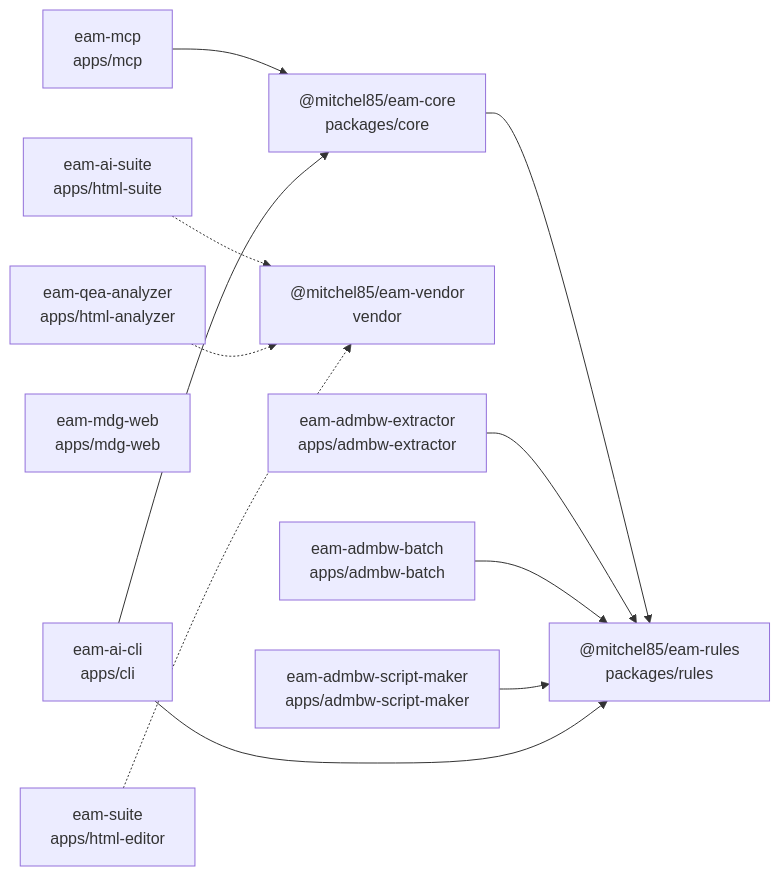
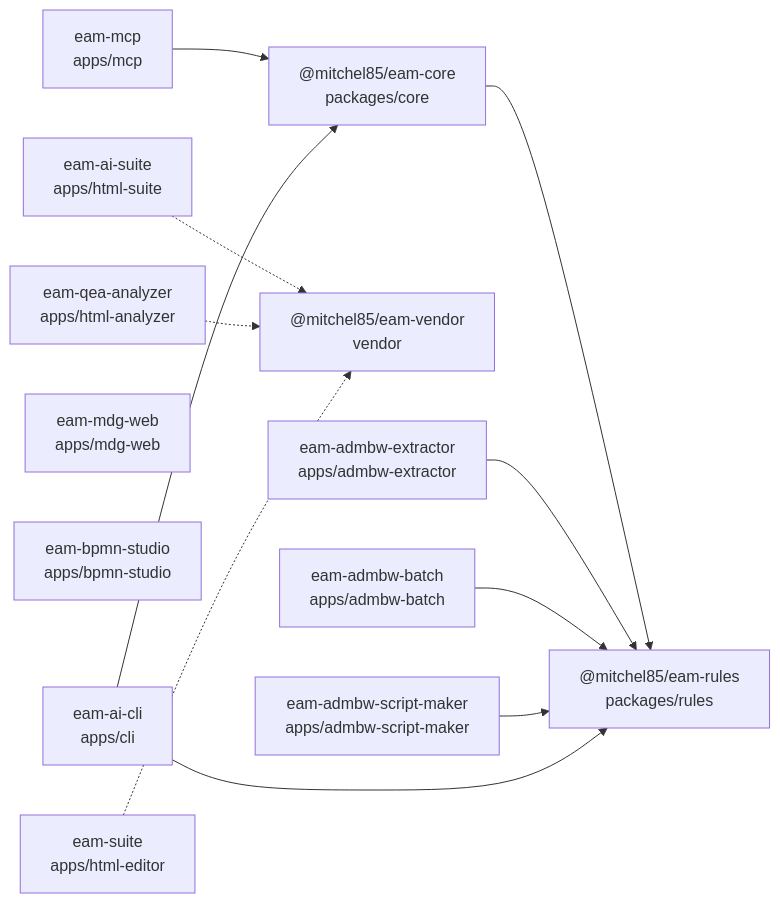
Before and after one commit to Mitchel85/EAM-Toolfamilie: the diagram in docs/ABHAENGIGKEITEN.md, drawn with Mermaid. The commit also changed other lines of this file and 60 other files, not shown here.

First line of the commit message:
BPMN Studio: Prozesswerkzeug fuer BPMN 2.0 und ADMBw (3.4.0)

````diff
--- a/docs/ABHAENGIGKEITEN.md
+++ b/docs/ABHAENGIGKEITEN.md
@@ -9,25 +9,26 @@
 ```mermaid
 flowchart LR
   z0["@mitchel85/eam-rules<br/>packages/rules"]
   z1["@mitchel85/eam-core<br/>packages/core"]
   z2["@mitchel85/eam-vendor<br/>vendor"]
   z3["eam-ai-suite<br/>apps/html-suite"]
   z4["eam-qea-analyzer<br/>apps/html-analyzer"]
   z5["eam-suite<br/>apps/html-editor"]
   z6["eam-mdg-web<br/>apps/mdg-web"]
-  z7["eam-mcp<br/>apps/mcp"]
-  z8["eam-admbw-extractor<br/>apps/admbw-extractor"]
-  z9["eam-admbw-batch<br/>apps/admbw-batch"]
-  z10["eam-admbw-script-maker<br/>apps/admbw-script-maker"]
-  z11["eam-ai-cli<br/>apps/cli"]
+  z7["eam-bpmn-studio<br/>apps/bpmn-studio"]
+  z8["eam-mcp<br/>apps/mcp"]
+  z9["eam-admbw-extractor<br/>apps/admbw-extractor"]
+  z10["eam-admbw-batch<br/>apps/admbw-batch"]
+  z11["eam-admbw-script-maker<br/>apps/admbw-script-maker"]
+  z12["eam-ai-cli<br/>apps/cli"]
   z1 --> z0
   z3 -.-> z2
   z4 -.-> z2
   z5 -.-> z2
-  z7 --> z1
-  z8 --> z0
+  z8 --> z1
   z9 --> z0
   z10 --> z0
-  z11 --> z1
   z11 --> z0
+  z12 --> z1
+  z12 --> z0
 ```
````
